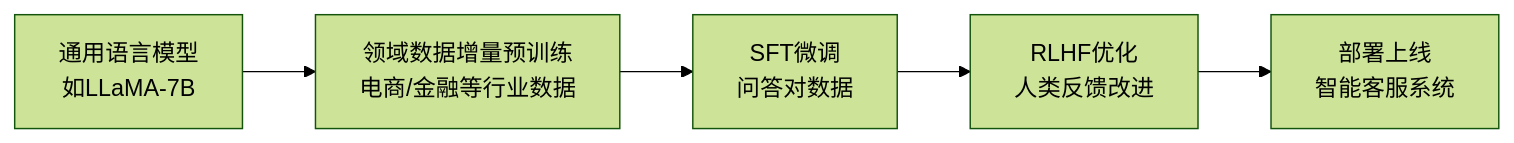
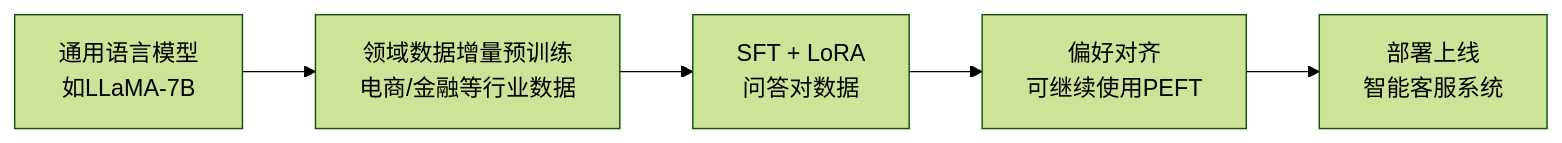
One commit to gqcn/johns-blog changed diagram 12 of 13 in docs/docs/1000-AI技术/600-训练微调/3000-AI模型微调技术详解.md. Above: the diagram before and after it, drawn with Mermaid (forest theme). The commit also changed other lines of this file and 7 other files, not shown here.

````diff
--- a/docs/docs/1000-AI技术/600-训练微调/3000-AI模型微调技术详解.md
+++ b/docs/docs/1000-AI技术/600-训练微调/3000-AI模型微调技术详解.md
@@ -903,7 +1086,7 @@
 ```mermaid
 graph LR
     A["通用语言模型<br/>如LLaMA-7B"] --> B["领域数据增量预训练<br/>电商/金融等行业数据"]
-    B --> C["SFT微调<br/>问答对数据"]
-    C --> D["RLHF优化<br/>人类反馈改进"]
+    B --> C["SFT + LoRA<br/>问答对数据"]
+    C --> D["偏好对齐<br/>可继续使用PEFT"]
     D --> E["部署上线<br/>智能客服系统"]
 ```
````
